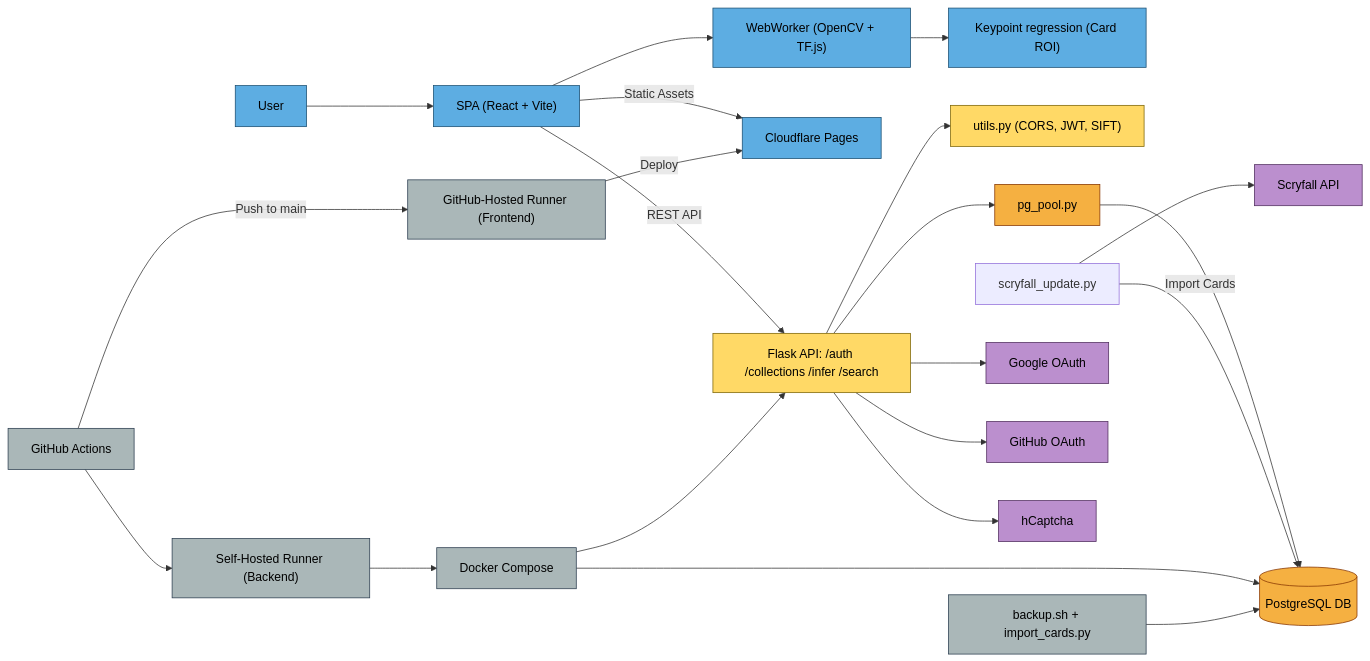
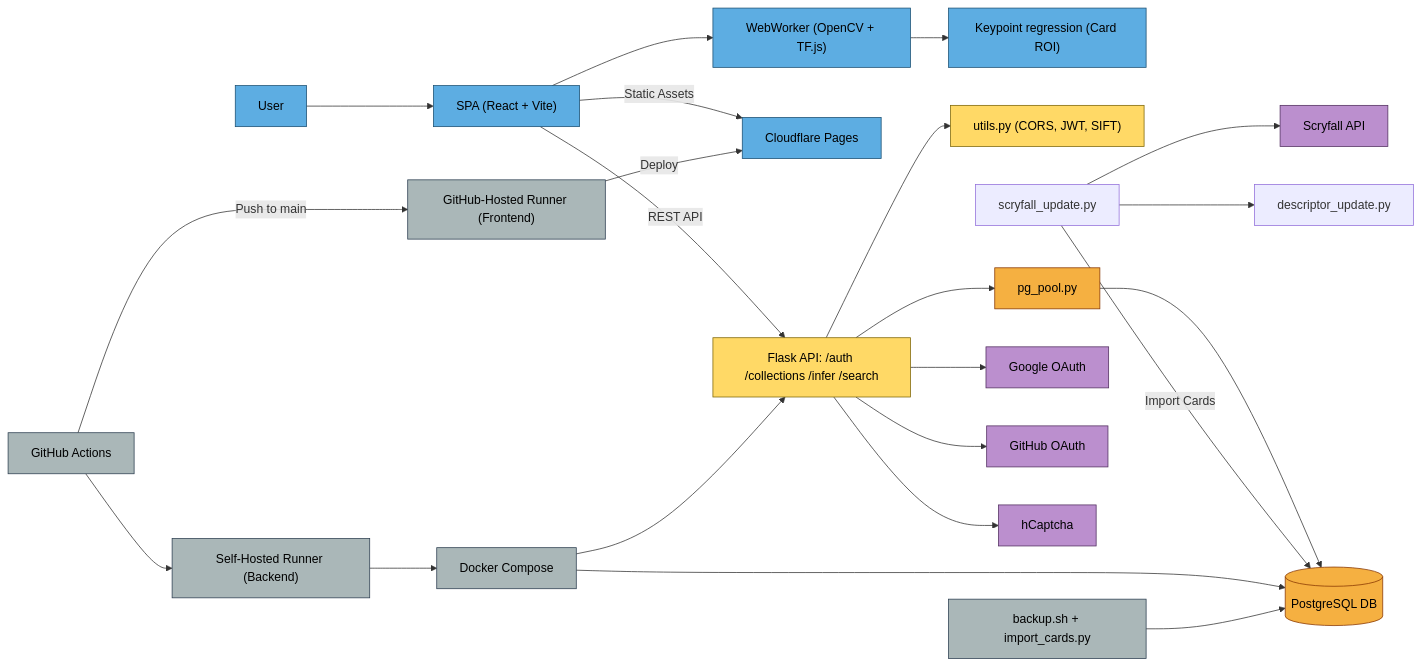
The diagram in DesignDocument.md (mtgscan-cards/monolithic), drawn with Mermaid before and after one commit. The commit also changed other lines of this file and 9 other files, not shown here.

Commit message:
feat: Implement Scryfall update job and descriptor pipeline; add autocomplete API for card names; enhance resource management and file watching

````diff
--- a/DesignDocument.md
+++ b/DesignDocument.md
@@ -191,67 +229,69 @@
 ```mermaid
 graph LR
 
 %% === CLIENT (LEFT) ===
 User["User"]
 SPA["SPA (React + Vite)"]
 Worker["WebWorker (OpenCV + TF.js)"]
 Model["Keypoint regression (Card ROI)"]
 FrontendHost["Cloudflare Pages"]
 
 User --> SPA --> Worker --> Model
 SPA -->|Static Assets| FrontendHost
 
 %% === BACKEND API ===
 API["Flask API: /auth /collections /infer /search"]
 Utils["utils.py (CORS, JWT, SIFT)"]
 API --> Utils
 
 SPA -->|REST API| API
 
 %% === DATABASE ===
 PG[(PostgreSQL DB)]
 Pool["pg_pool.py"]
 API --> Pool --> PG
 
 %% === BACKGROUND JOB ===
 ScryfallJob["scryfall_update.py"]
+DescriptorJob["descriptor_update.py"]
 ScryfallJob -->|Import Cards| PG
+ScryfallJob --> DescriptorJob
 
 %% === EXTERNAL ===
 OAuthGoogle["Google OAuth"]
 OAuthGitHub["GitHub OAuth"]
 hCaptcha["hCaptcha"]
 Scryfall["Scryfall API"]
 
 API --> OAuthGoogle
 API --> OAuthGitHub
 API --> hCaptcha
 ScryfallJob --> Scryfall
 
 %% === CI/CD + INFRA (RIGHT) ===
 CI["GitHub Actions"]
 Runner["Self-Hosted Runner (Backend)"]
 RunnerCF["GitHub-Hosted Runner (Frontend)"]
 Compose["Docker Compose"]
 Maint["backup.sh + import_cards.py"]
 
 CI --> Runner --> Compose
 CI -->|Push to main| RunnerCF -->|Deploy| FrontendHost
 Compose --> API
 Compose --> PG
 Maint --> PG
 
 %% === STYLES ===
 classDef client fill:#5dade2,stroke:#1b4f72,color:#000;
 classDef backend fill:#ffd966,stroke:#7d6608,color:#000;
 classDef db fill:#f5b041,stroke:#873600,color:#000;
 classDef external fill:#bb8fce,stroke:#512e5f,color:#000;
 classDef infra fill:#aab7b8,stroke:#2c3e50,color:#000;
 classDef frontend fill:#58d68d,stroke:#145a32,color:#000;
 
 class User,SPA,Worker,Model,FrontendHost client;
 class API,Utils backend;
 class Pool,PG db;
 class OAuthGoogle,OAuthGitHub,hCaptcha,Scryfall external;
 class CI,Runner,RunnerCF,Compose,Maint infra;
 ```
````
